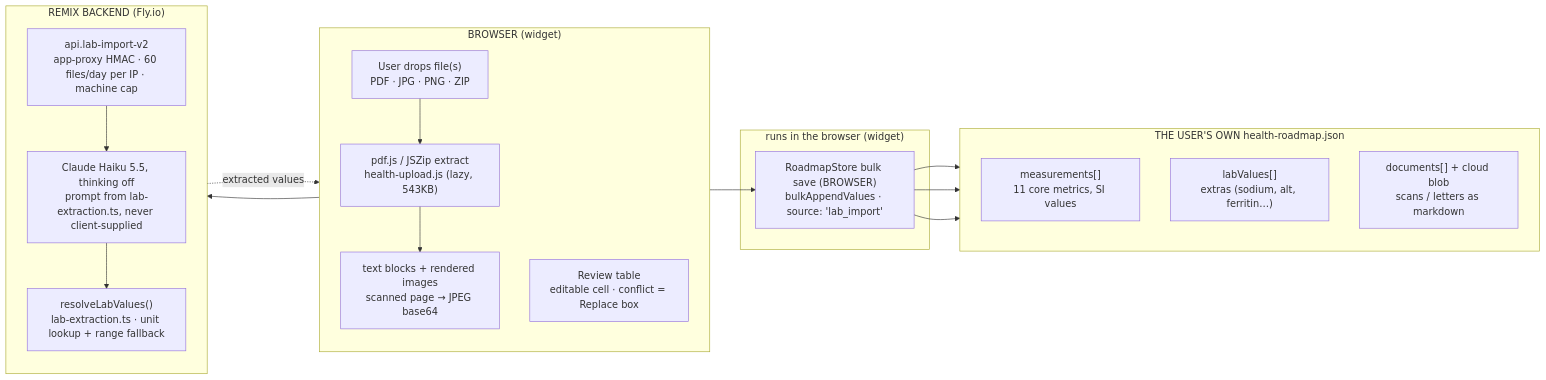
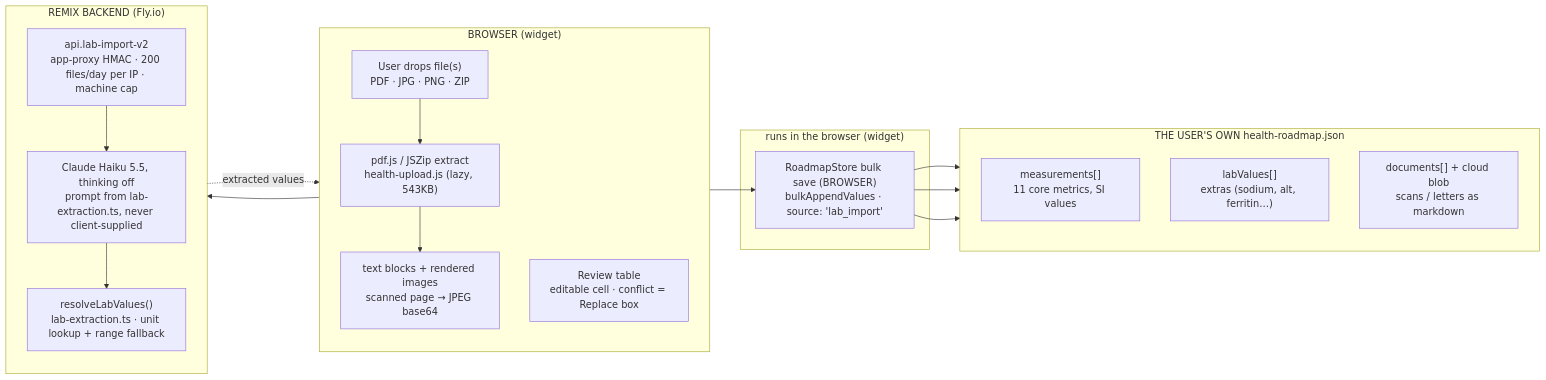
One commit to DrBradStanfield/roadmap changed the first of 3 diagrams in docs/lab-upload-overview.md. Above: the diagram before and after it, drawn with Mermaid. The commit also changed 13 other files, not shown here.

````diff
--- a/docs/lab-upload-overview.md
+++ b/docs/lab-upload-overview.md
@@ -59,33 +59,33 @@
 ```mermaid
 flowchart LR
   subgraph BR["BROWSER (widget)"]
     direction TB
     B1["User drops file(s)<br/>PDF · JPG · PNG · ZIP"]
     B2["pdf.js / JSZip extract<br/>health-upload.js (lazy, 543KB)"]
     B3["text blocks + rendered images<br/>scanned page → JPEG base64"]
     B4["Review table<br/>editable cell · conflict = Replace box"]
     B1 --> B2 --> B3
   end
   subgraph BE["REMIX BACKEND (Fly.io)"]
     direction TB
-    S1["api.lab-import-v2<br/>app-proxy HMAC · 60 files/day per IP · machine cap"]
+    S1["api.lab-import-v2<br/>app-proxy HMAC · 200 files/day per IP · machine cap"]
     S2["Claude Haiku 5.5, thinking off<br/>prompt from lab-extraction.ts, never client-supplied"]
     S3["resolveLabValues()<br/>lab-extraction.ts · unit lookup + range fallback"]
     S1 --> S2 --> S3
   end
   subgraph STRIP["runs in the browser (widget)"]
     SAVE["RoadmapStore bulk save (BROWSER)<br/>bulkAppendValues · source: 'lab_import'"]
   end
   subgraph FILE["THE USER'S OWN health-roadmap.json"]
     direction TB
     F1["measurements[]<br/>11 core metrics, SI values"]
     F2["labValues[]<br/>extras (sodium, alt, ferritin…)"]
     F3["documents[] + cloud blob<br/>scans / letters as markdown"]
   end
   B3 --> S3
   S3 -. "extracted values" .-> B3
   B4 --> SAVE
   SAVE --> F1
   SAVE --> F2
   SAVE --> F3
 ```
````
